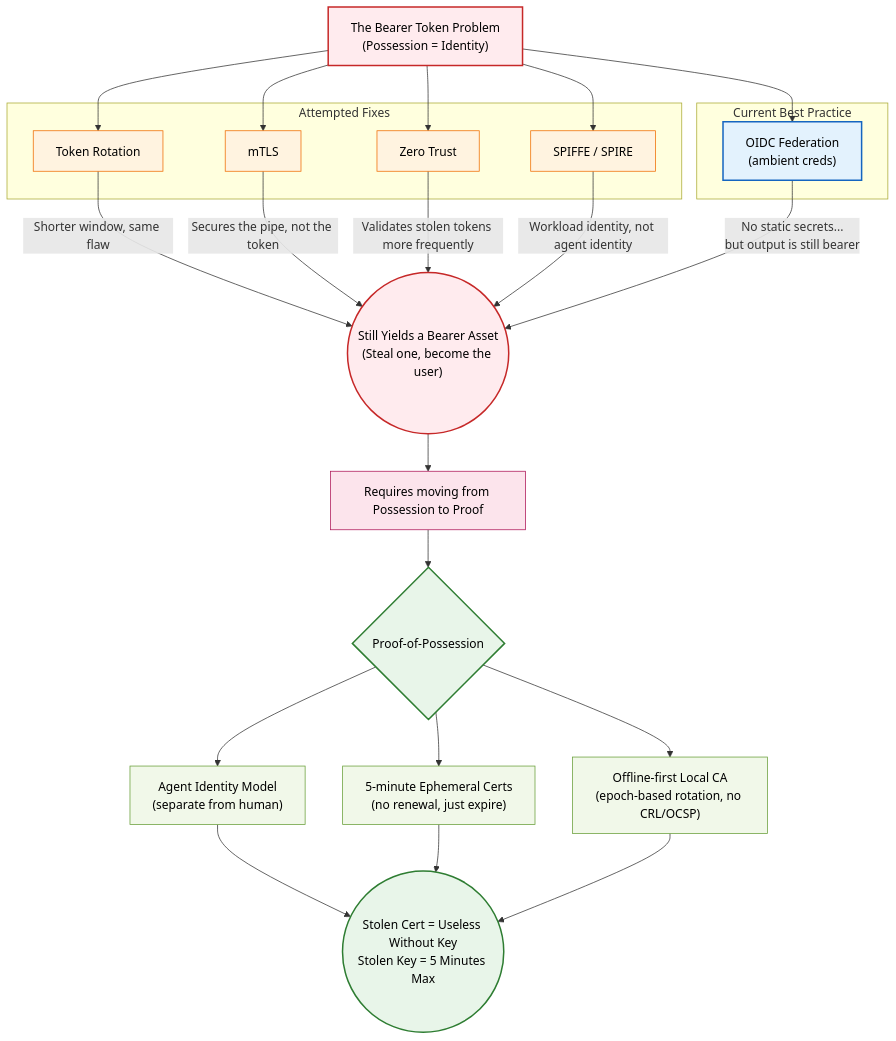
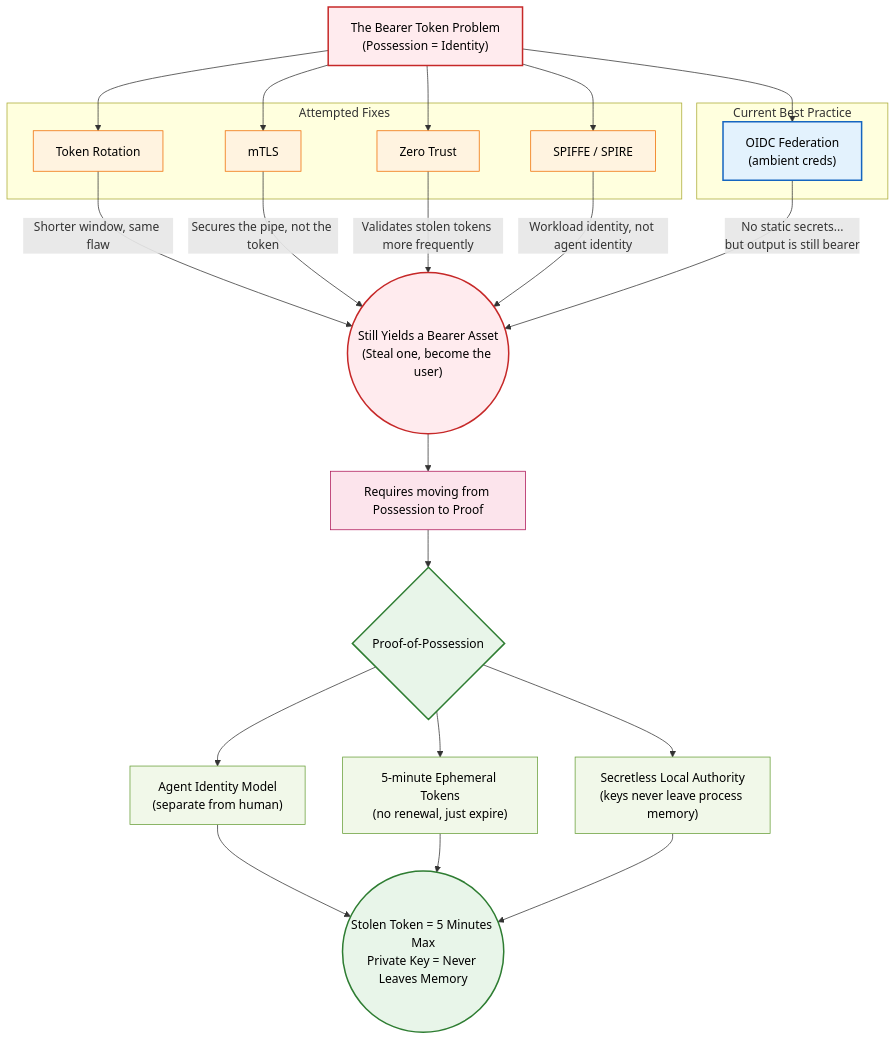
The first of 2 diagrams in README.md (agentic-research/notme), drawn with Mermaid before and after one commit. The commit also changed other lines of this file and 2 other files, not shown here.

First line of the commit message:
docs: rewrite README + add ARCHITECTURE.md from mache analysis

````diff
--- a/README.md
+++ b/README.md
@@ -18,44 +18,44 @@
 ```mermaid
 graph TD
     classDef rootProblem fill:#ffebee,stroke:#c62828,stroke-width:2px,color:#000
     classDef bandAid fill:#fff3e0,stroke:#ef6c00,stroke-width:1px,color:#000
     classDef current fill:#e3f2fd,stroke:#1565c0,stroke-width:2px,color:#000
     classDef signet fill:#e8f5e9,stroke:#2e7d32,stroke-width:2px,color:#000
     classDef feature fill:#f1f8e9,stroke:#689f38,stroke-width:1px,color:#000
     classDef bridge fill:#fce4ec,stroke:#ad1457,stroke-width:1px,color:#000
 
     Root["The Bearer Token Problem<br/>(Possession = Identity)"]:::rootProblem
 
     subgraph StatusQuo ["Attempted Fixes"]
         TR["Token Rotation"]:::bandAid
         mTLS["mTLS"]:::bandAid
         ZT["Zero Trust"]:::bandAid
         SPIFFE["SPIFFE / SPIRE"]:::bandAid
     end
 
     subgraph Current ["Current Best Practice"]
         OIDC["OIDC Federation<br/>(ambient creds)"]:::current
     end
 
     Root --> TR & mTLS & ZT & SPIFFE
     Root --> OIDC
 
     TR -->|"Shorter window, same flaw"| Vuln
     mTLS -->|"Secures the pipe, not the token"| Vuln
     ZT -->|"Validates stolen tokens more frequently"| Vuln
     SPIFFE -->|"Workload identity, not agent identity"| Vuln
     OIDC -->|"No static secrets...<br/>but output is still bearer"| Vuln
 
     Vuln(("Still Yields a Bearer Asset<br/>(Steal one, become the user)")):::rootProblem
 
     Vuln --> Bridge["Requires moving from Possession to Proof"]:::bridge
     Bridge --> Signet
 
     Signet{"Proof-of-Possession"}:::signet
 
     Signet --> F1["Agent Identity Model<br/>(separate from human)"]:::feature
-    Signet --> F2["5-minute Ephemeral Certs<br/>(no renewal, just expire)"]:::feature
-    Signet --> F3["Offline-first Local CA<br/>(epoch-based rotation, no CRL/OCSP)"]:::feature
+    Signet --> F2["5-minute Ephemeral Tokens<br/>(no renewal, just expire)"]:::feature
+    Signet --> F3["Secretless Local Authority<br/>(keys never leave process memory)"]:::feature
 
-    F1 & F2 & F3 --> End((Stolen Cert = Useless Without Key<br/>Stolen Key = 5 Minutes Max)):::signet
+    F1 & F2 & F3 --> End((Stolen Token = 5 Minutes Max<br/>Private Key = Never Leaves Memory)):::signet
 ```
````
